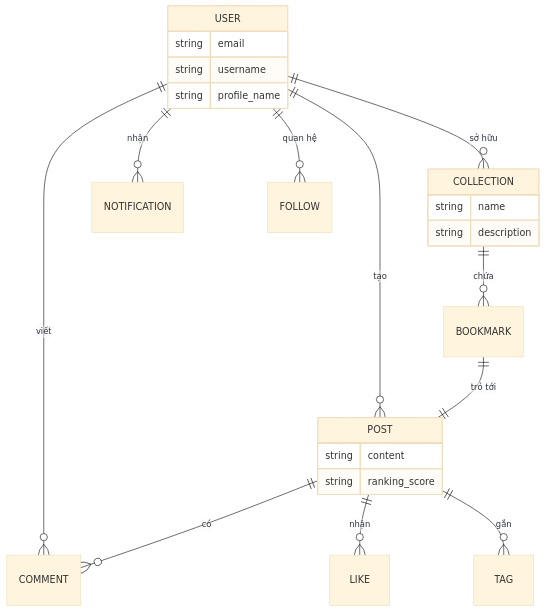
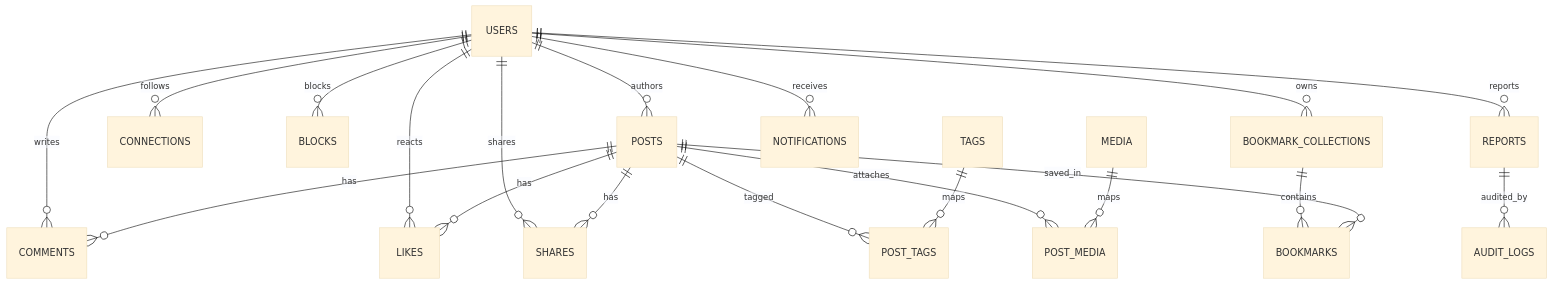
The first of 2 diagrams in Docs/life-2/diagrams/er-diagram.md (vuthuonghai-steve/KLTN-By_Thuong_Hai-Steve), drawn with Mermaid (base theme) before and after one commit. The commit also changed other lines of this file and 20 other files, not shown here.

Commit message:
thiest kế skill flow

````diff
--- a/Docs/life-2/diagrams/er-diagram.md
+++ b/Docs/life-2/diagrams/er-diagram.md
@@ -8,31 +10,27 @@
 ```mermaid
 erDiagram
-    USER ||--o{ POST : "tạo"
-    USER ||--o{ COMMENT : "viết"
-    USER ||--o{ COLLECTION : "sở hữu"
-    USER ||--o{ NOTIFICATION : "nhận"
-    USER ||--o{ FOLLOW : "quan hệ"
-    
-    POST ||--o{ COMMENT : "có"
-    POST ||--o{ LIKE : "nhận"
-    POST ||--o{ TAG : "gắn"
-    
-    COLLECTION ||--o{ BOOKMARK : "chứa"
-    BOOKMARK ||--|| POST : "trỏ tới"
-    
-    USER {
-        string email
-        string username
-        string profile_name
-    }
-    
-    POST {
-        string content
-        string ranking_score
-    }
-    
-    COLLECTION {
-        string name
-        string description
-    }
+    USERS ||--o{ POSTS : authors
+    USERS ||--o{ COMMENTS : writes
+    USERS ||--o{ LIKES : reacts
+    USERS ||--o{ SHARES : shares
+    USERS ||--o{ CONNECTIONS : follows
+    USERS ||--o{ BLOCKS : blocks
+
+    POSTS ||--o{ COMMENTS : has
+    POSTS ||--o{ LIKES : has
+    POSTS ||--o{ SHARES : has
+
+    POSTS ||--o{ POST_TAGS : tagged
+    TAGS ||--o{ POST_TAGS : maps
+
+    POSTS ||--o{ POST_MEDIA : attaches
+    MEDIA ||--o{ POST_MEDIA : maps
+
+    USERS ||--o{ BOOKMARK_COLLECTIONS : owns
+    BOOKMARK_COLLECTIONS ||--o{ BOOKMARKS : contains
+    POSTS ||--o{ BOOKMARKS : saved_in
+
+    USERS ||--o{ NOTIFICATIONS : receives
+    USERS ||--o{ REPORTS : reports
+    REPORTS ||--o{ AUDIT_LOGS : audited_by
 ```
````
